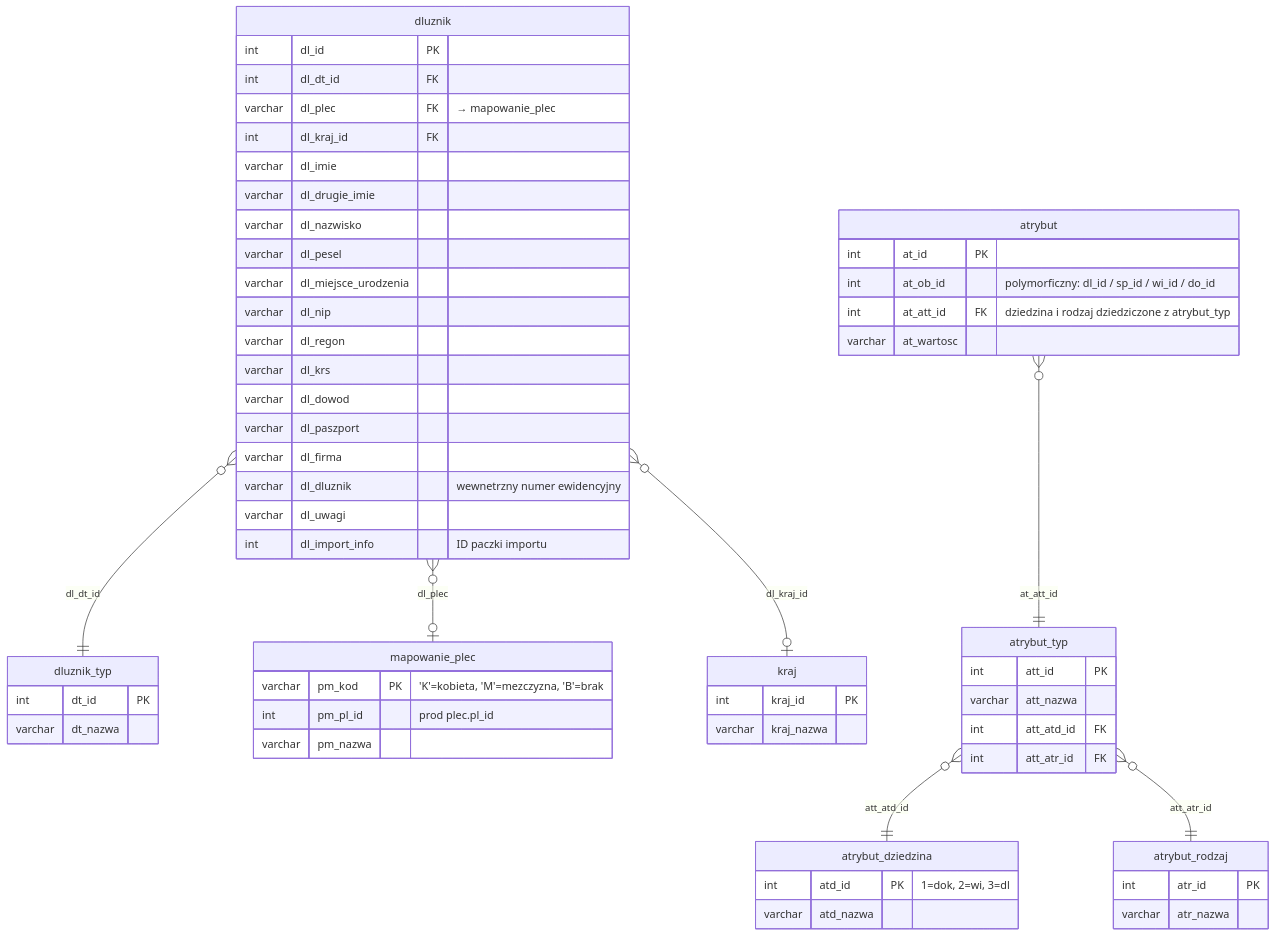
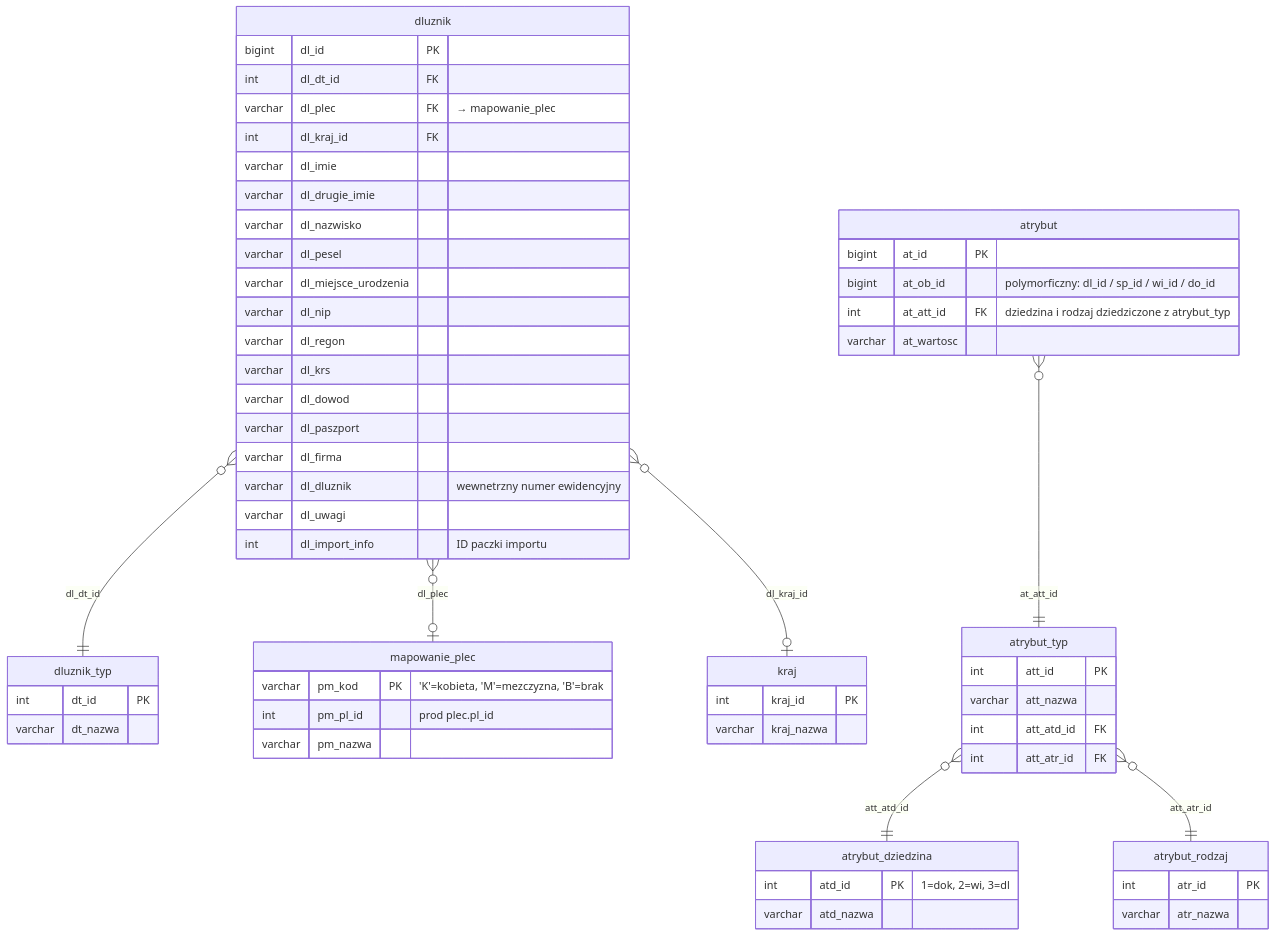
The diagram in docs/struktura-stagingu/dluznicy.md (oskar-bialek-bakk/intrum-migration-docs), drawn with Mermaid before and after one commit. The commit also changed other lines of this file and 12 other files, not shown here.

````diff
--- a/docs/struktura-stagingu/dluznicy.md
+++ b/docs/struktura-stagingu/dluznicy.md
@@ -26,70 +26,70 @@
 ```mermaid
 erDiagram
     dluznik_typ {
         int     dt_id    PK
         varchar dt_nazwa
     }
 
     mapowanie_plec {
         varchar pm_kod    PK  "'K'=kobieta, 'M'=mezczyzna, 'B'=brak"
         int     pm_pl_id      "prod plec.pl_id"
         varchar pm_nazwa
     }
 
     dluznik {
-        int     dl_id                PK
+        bigint  dl_id                PK
         int     dl_dt_id             FK
         varchar dl_plec              FK  "→ mapowanie_plec"
         int     dl_kraj_id           FK
         varchar dl_imie
         varchar dl_drugie_imie
         varchar dl_nazwisko
         varchar dl_pesel
         varchar dl_miejsce_urodzenia
         varchar dl_nip
         varchar dl_regon
         varchar dl_krs
         varchar dl_dowod
         varchar dl_paszport
         varchar dl_firma
         varchar dl_dluznik           "wewnetrzny numer ewidencyjny"
         varchar dl_uwagi
         int     dl_import_info       "ID paczki importu"
     }
 
     kraj {
         int     kraj_id    PK
         varchar kraj_nazwa
     }
 
     atrybut_dziedzina {
         int     atd_id    PK   "1=dok, 2=wi, 3=dl"
         varchar atd_nazwa
     }
 
     atrybut_rodzaj {
         int     atr_id    PK
         varchar atr_nazwa
     }
 
     atrybut_typ {
         int     att_id     PK
         varchar att_nazwa
         int     att_atd_id FK
         int     att_atr_id FK
     }
 
     atrybut {
-        int     at_id     PK
-        int     at_ob_id       "polymorficzny: dl_id / sp_id / wi_id / do_id"
+        bigint  at_id     PK
+        bigint  at_ob_id       "polymorficzny: dl_id / sp_id / wi_id / do_id"
         int     at_att_id FK   "dziedzina i rodzaj dziedziczone z atrybut_typ"
         varchar at_wartosc
     }
 
     dluznik     }o--||  dluznik_typ       : "dl_dt_id"
     dluznik     }o--o|  mapowanie_plec    : "dl_plec"
     dluznik     }o--o|  kraj              : "dl_kraj_id"
     atrybut     }o--||  atrybut_typ       : "at_att_id"
     atrybut_typ }o--||  atrybut_dziedzina : "att_atd_id"
     atrybut_typ }o--||  atrybut_rodzaj    : "att_atr_id"
 ```
````
